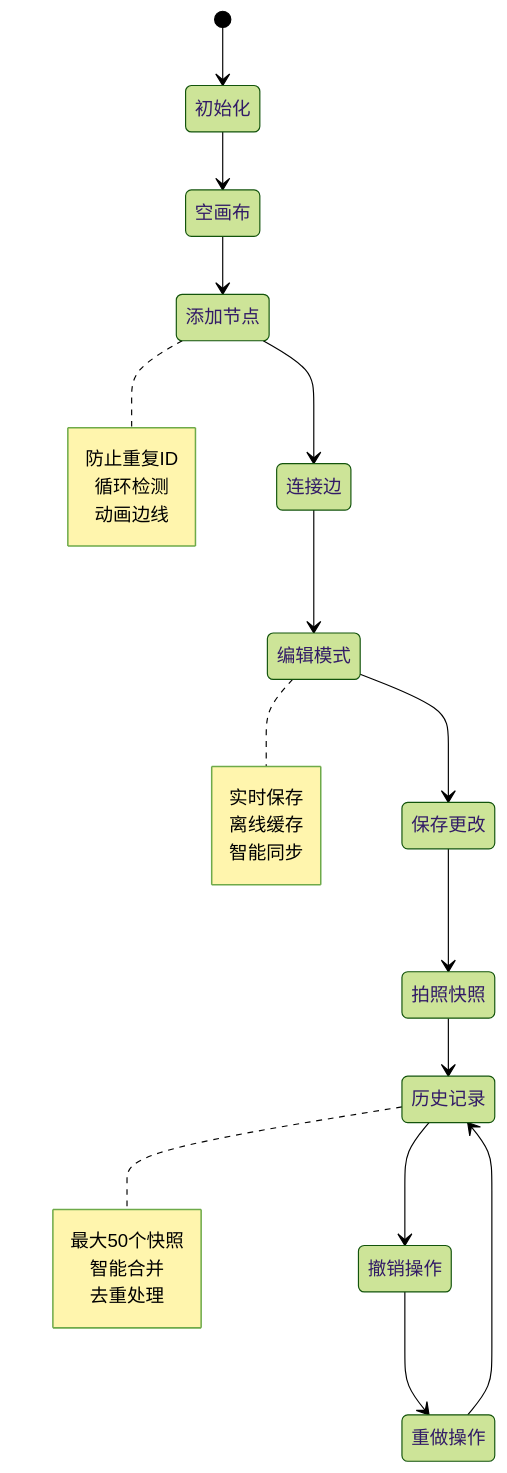
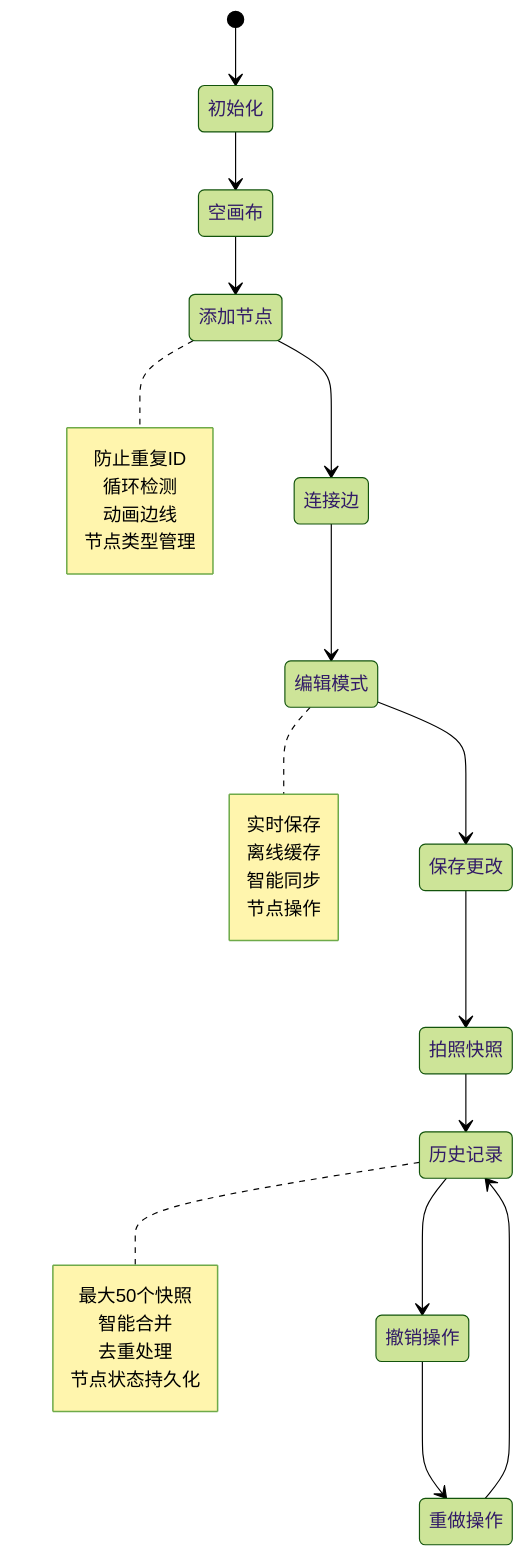
Before and after one commit to KunLabAI/KunFlix: the eighth of 15 diagrams in .qoder/repowiki/zh/content/系统架构/前端架构/画布故事编辑器.md, drawn with Mermaid (forest theme). The commit also changed other lines of this file and 24 other files, not shown here.

````diff
--- a/.qoder/repowiki/zh/content/系统架构/前端架构/画布故事编辑器.md
+++ b/.qoder/repowiki/zh/content/系统架构/前端架构/画布故事编辑器.md
@@ -294,29 +374,32 @@
 ```mermaid
 stateDiagram-v2
 [*] --> 初始化
 初始化 --> 空画布
 空画布 --> 添加节点
 添加节点 --> 连接边
 连接边 --> 编辑模式
 编辑模式 --> 保存更改
 保存更改 --> 拍照快照
 拍照快照 --> 历史记录
 历史记录 --> 撤销操作
 撤销操作 --> 重做操作
 重做操作 --> 历史记录
 note right of 添加节点
 防止重复ID
 循环检测
 动画边线
+节点类型管理
 end note
 note right of 编辑模式
 实时保存
 离线缓存
 智能同步
+节点操作
 end note
 note right of 历史记录
 最大50个快照
 智能合并
 去重处理
+节点状态持久化
 end note
 ```
````
